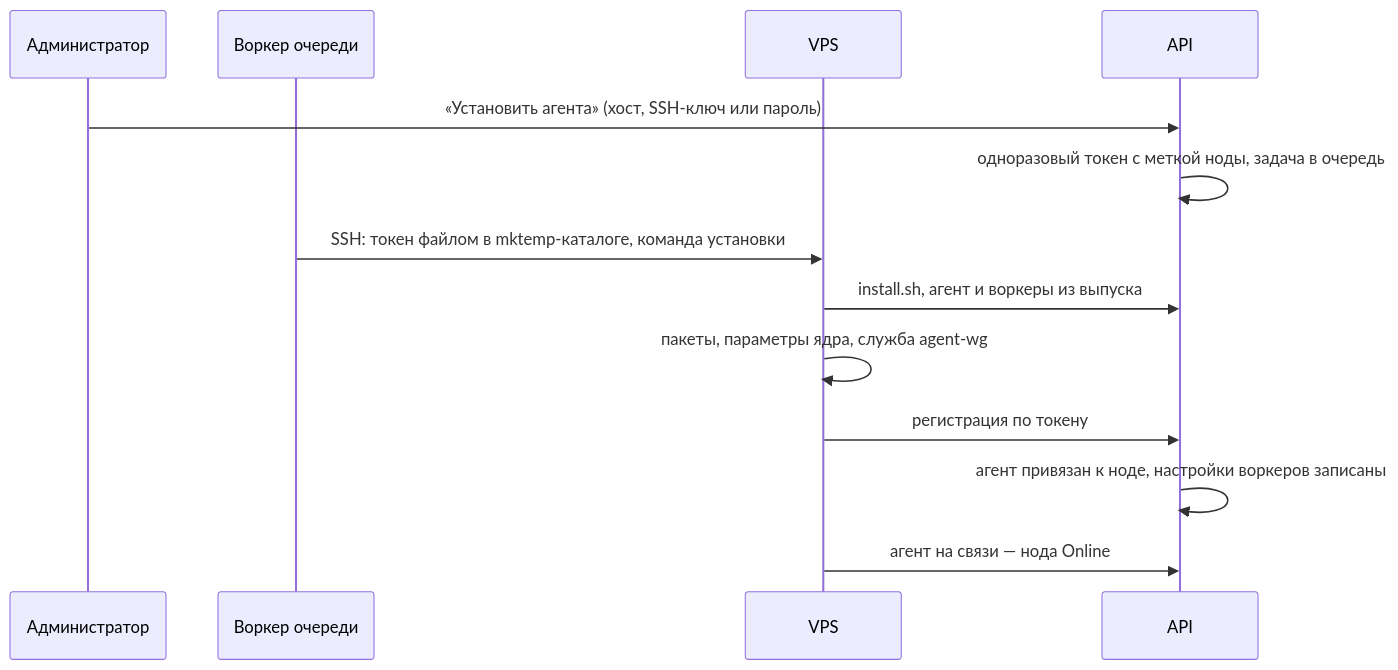
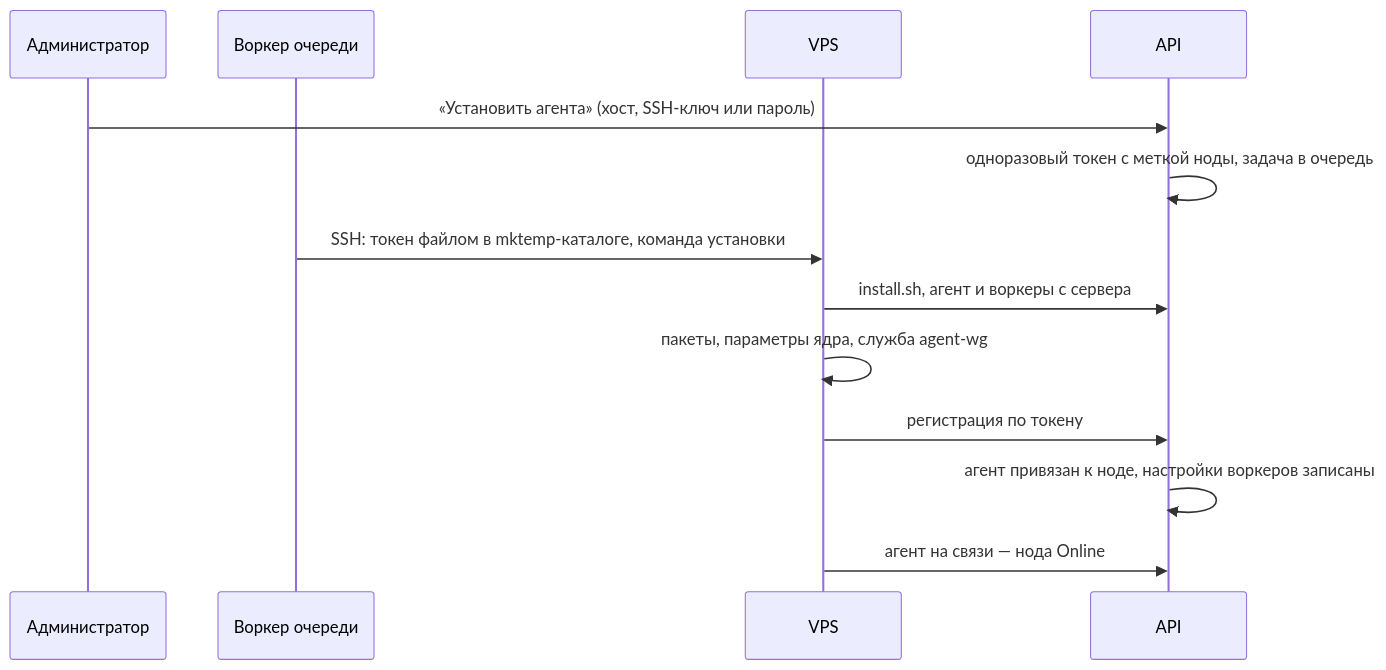
One commit to epifanovmd/wg-admin-api changed the fifth of 9 diagrams in docs/WIREGUARD.md. Above: the diagram before and after it, drawn with Mermaid. The commit also changed other lines of this file and 91 other files, not shown here.

````diff
--- a/docs/WIREGUARD.md
+++ b/docs/WIREGUARD.md
@@ -253,16 +253,16 @@
 ```mermaid
 sequenceDiagram
   participant Admin as Администратор
   participant Worker as Воркер очереди
   participant VPS
   participant API
 
   Admin->>API: «Установить агента» (хост, SSH-ключ или пароль)
   API->>API: одноразовый токен с меткой ноды, задача в очередь
   Worker->>VPS: SSH: токен файлом в mktemp-каталоге, команда установки
-  VPS->>API: install.sh, агент и воркеры из выпуска
+  VPS->>API: install.sh, агент и воркеры с сервера
   VPS->>VPS: пакеты, параметры ядра, служба agent-wg
   VPS->>API: регистрация по токену
   API->>API: агент привязан к ноде, настройки воркеров записаны
   VPS->>API: агент на связи — нода Online
 ```
````
